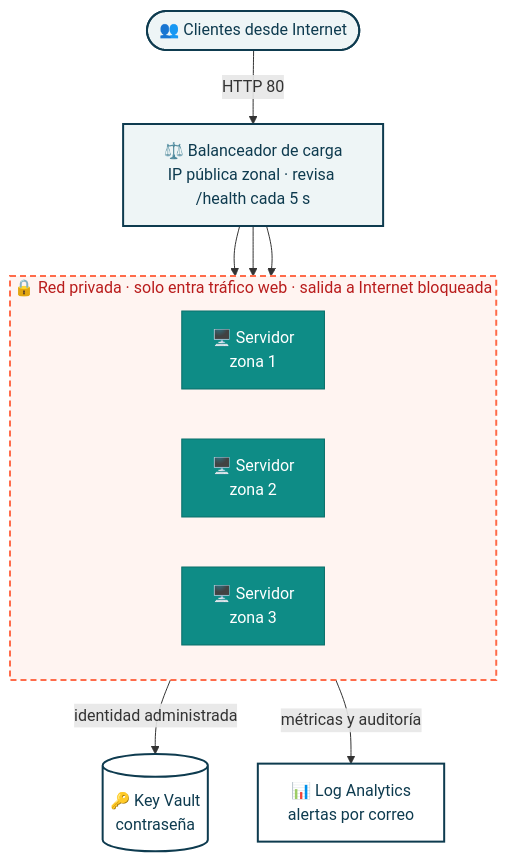
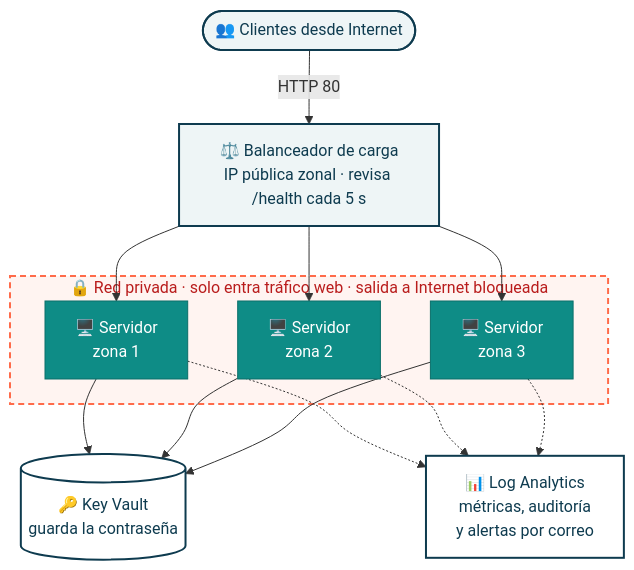
One commit to AgEnt3P18/caribeshop-taller-integrador changed the first of 2 diagrams in README.md. Above: the diagram before and after it, drawn with Mermaid. The commit also changed other lines of this file, not shown here.

Commit message:
docs: ajustar diagrama de arquitectura del README

````diff
--- a/README.md
+++ b/README.md
@@ -49,23 +49,22 @@
 ```mermaid
 flowchart TB
     U(["👥 Clientes desde Internet"]) -->|HTTP 80| LB["⚖️ Balanceador de carga<br/>IP pública zonal · revisa /health cada 5 s"]
 
     subgraph NET["🔒 Red privada · solo entra tráfico web · salida a Internet bloqueada"]
-        direction LR
         V1["🖥️ Servidor<br/>zona 1"]
         V2["🖥️ Servidor<br/>zona 2"]
         V3["🖥️ Servidor<br/>zona 3"]
     end
 
     LB --> V1 & V2 & V3
-    NET -->|identidad administrada| KV[("🔑 Key Vault<br/>contraseña")]
-    NET -->|métricas y auditoría| MON["📊 Log Analytics<br/>alertas por correo"]
+    V1 & V2 & V3 --> KV[("🔑 Key Vault<br/>guarda la contraseña")]
+    V1 & V2 & V3 -.-> MON["📊 Log Analytics<br/>métricas, auditoría<br/>y alertas por correo"]
 
     classDef ext fill:#EEF5F6,stroke:#0E3B4F,stroke-width:2px,color:#0E3B4F
     classDef srv fill:#0E8C86,stroke:#0B6F6A,color:#FFFFFF
     classDef svc fill:#FFFFFF,stroke:#0E3B4F,stroke-width:2px,color:#0E3B4F
     class U,LB ext
     class V1,V2,V3 srv
     class KV,MON svc
     style NET fill:#FFF4F1,stroke:#FF6B4A,stroke-width:2px,stroke-dasharray:6 4,color:#B91C1C
 ```
````
